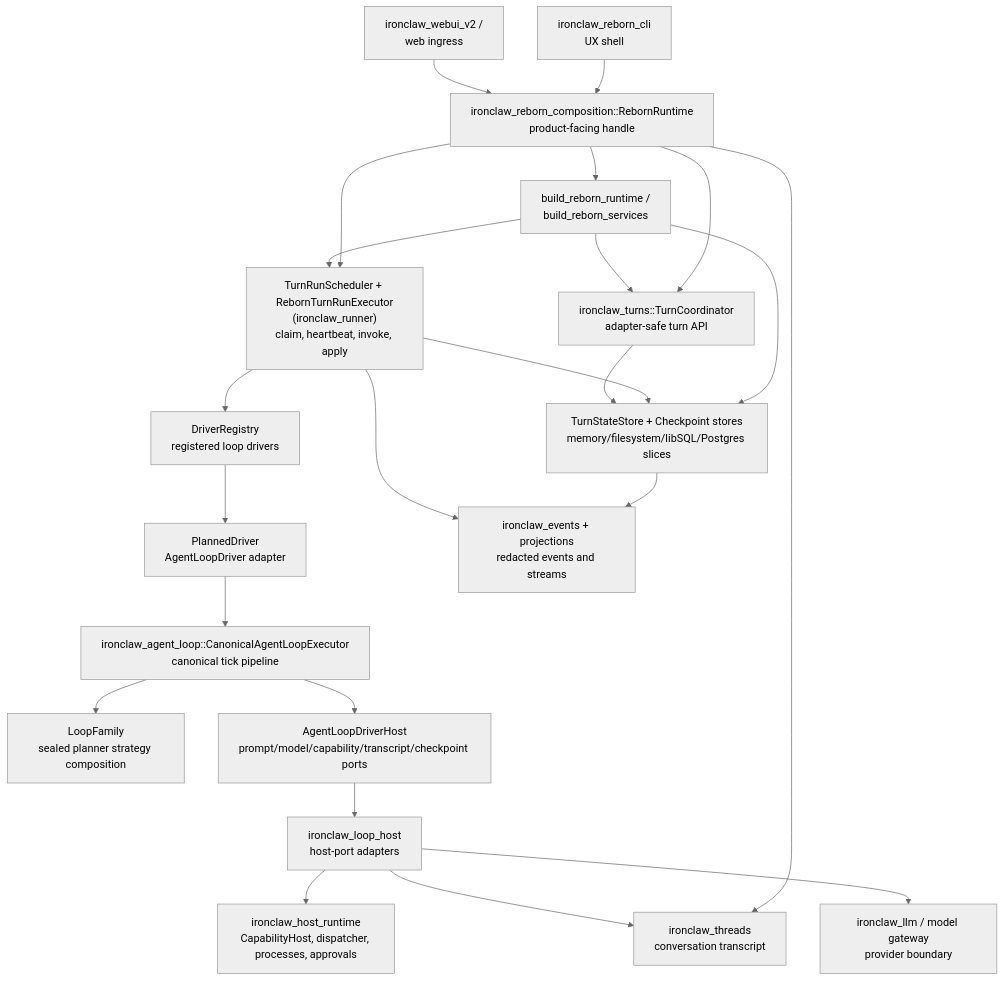
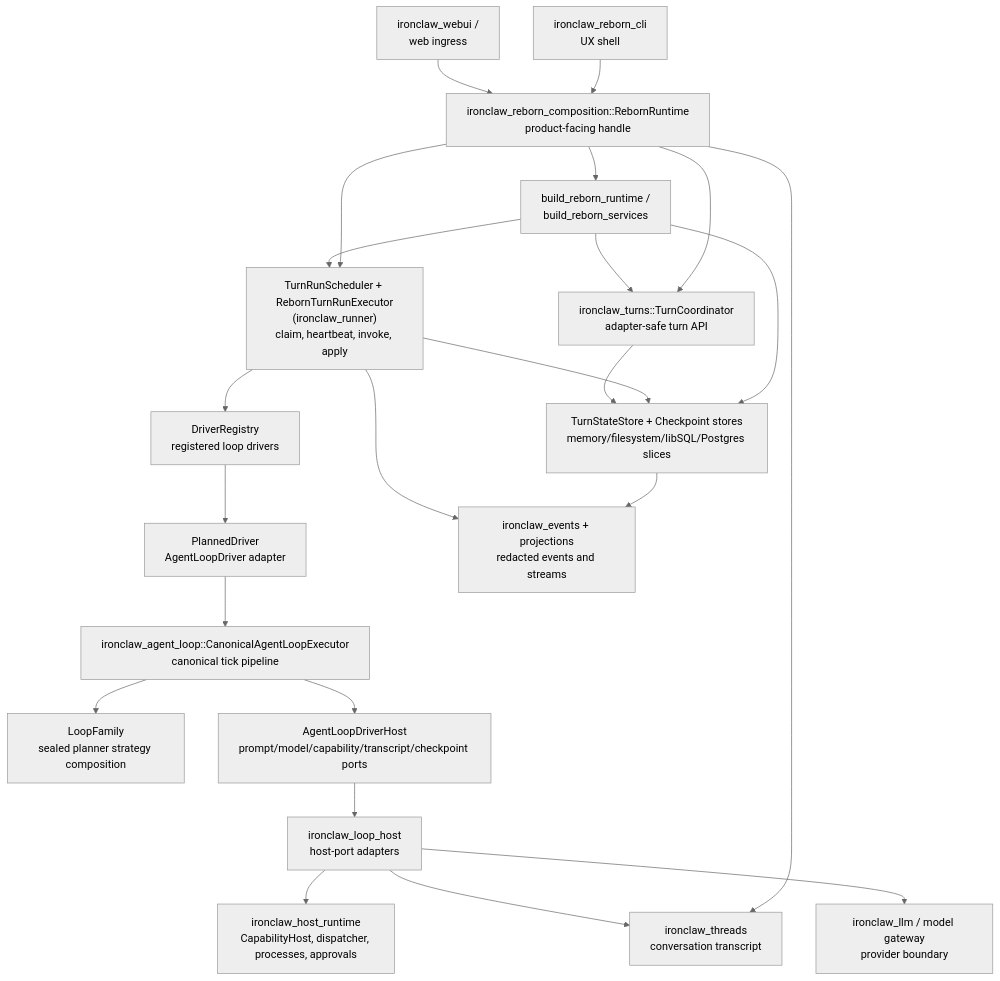
The second of 7 diagrams in crates/Architecture.md (l3ocifer/vimes-ironclaw), drawn with Mermaid (neutral theme) before and after one commit. The commit also changed other lines of this file and 3647 other files, not shown here.

````diff
--- a/crates/Architecture.md
+++ b/crates/Architecture.md
@@ -292,43 +292,43 @@
 ```mermaid
 flowchart TD
     CLI["ironclaw_reborn_cli\nUX shell"]
-    WebUI["ironclaw_webui_v2 /\nweb ingress"]
+    WebUI["ironclaw_webui /\nweb ingress"]
     Runtime["ironclaw_reborn_composition::RebornRuntime\nproduct-facing handle"]
     Factory["build_reborn_runtime /\nbuild_reborn_services"]
     Coordinator["ironclaw_turns::TurnCoordinator\nadapter-safe turn API"]
     Store["TurnStateStore + Checkpoint stores\nmemory/filesystem/libSQL/Postgres slices"]
     Worker["TurnRunScheduler + RebornTurnRunExecutor\n(ironclaw_runner)\nclaim, heartbeat, invoke, apply"]
     Registry["DriverRegistry\nregistered loop drivers"]
     Planned["PlannedDriver\nAgentLoopDriver adapter"]
     Executor["ironclaw_agent_loop::CanonicalAgentLoopExecutor\ncanonical tick pipeline"]
     Family["LoopFamily\nsealed planner strategy composition"]
     Host["AgentLoopDriverHost\nprompt/model/capability/transcript/checkpoint ports"]
     LoopSupport["ironclaw_loop_host\nhost-port adapters"]
     HostRuntime["ironclaw_host_runtime\nCapabilityHost, dispatcher, processes, approvals"]
     LLM["ironclaw_llm / model gateway\nprovider boundary"]
     Threads["ironclaw_threads\nconversation transcript"]
     Events["ironclaw_events + projections\nredacted events and streams"]
 
     CLI --> Runtime
     WebUI --> Runtime
     Runtime --> Factory
     Runtime --> Threads
     Runtime --> Coordinator
     Runtime --> Worker
     Factory --> Coordinator
     Factory --> Store
     Factory --> Worker
     Worker --> Store
     Worker --> Registry
     Registry --> Planned
     Planned --> Executor
     Executor --> Family
     Executor --> Host
     Host --> LoopSupport
     LoopSupport --> HostRuntime
     LoopSupport --> LLM
     LoopSupport --> Threads
     Coordinator --> Store
     Store --> Events
     Worker --> Events
 ```
````
